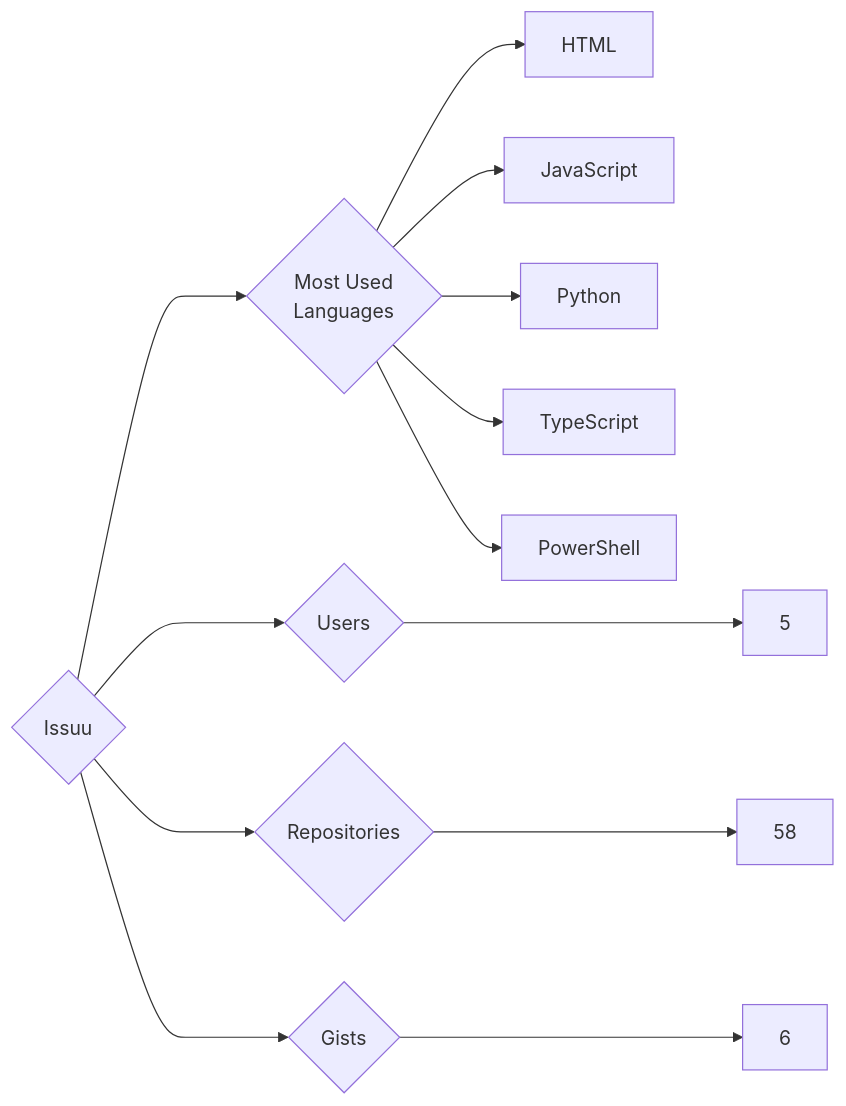
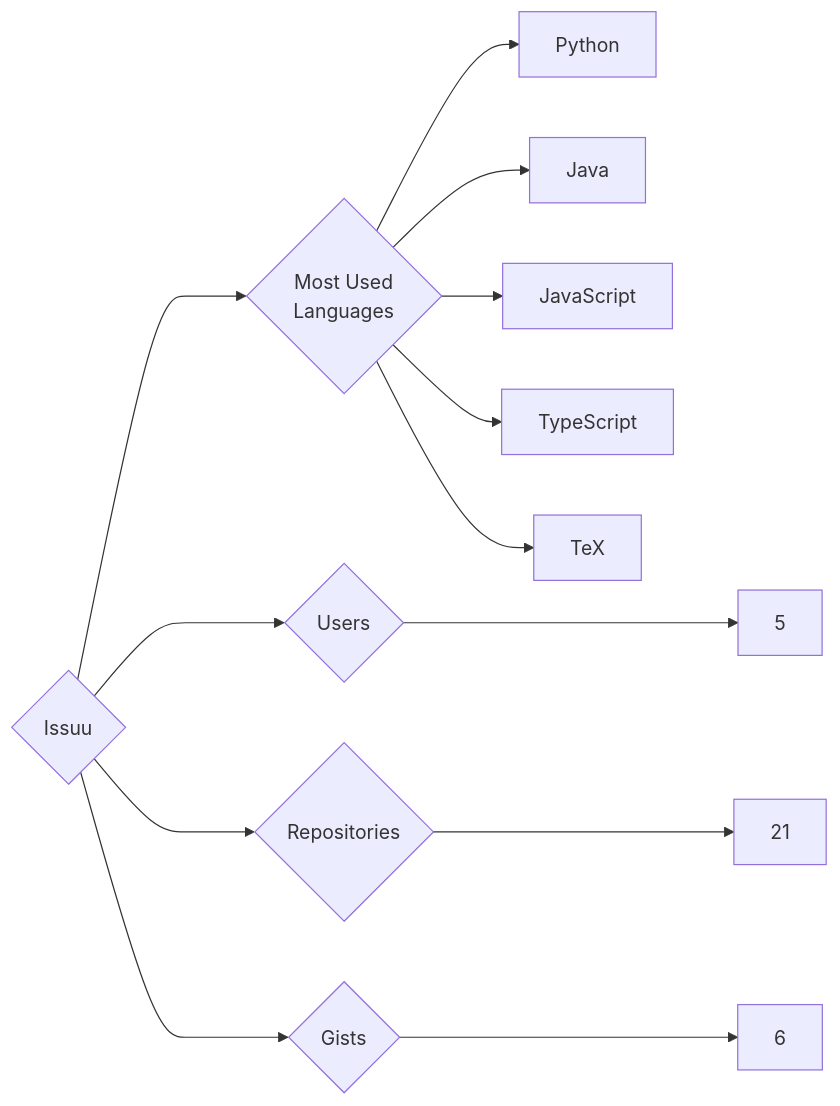
One commit to trickest/insiders changed the diagram in targets/Issuu/README.md. Above: the diagram before and after it, drawn with Mermaid. The commit also changed 1078 other files, not shown here.

````diff
--- a/targets/Issuu/README.md
+++ b/targets/Issuu/README.md
@@ -3,13 +3,13 @@
 ```mermaid
 graph LR
 COMPANY_NAME{Issuu}
 COMPANY_NAME ---> U{Users} ---> UN[5]
-COMPANY_NAME ---> R{Repositories} ---> RN[58]
+COMPANY_NAME ---> R{Repositories} ---> RN[21]
 COMPANY_NAME ---> G{Gists} ---> GN[6]
 COMPANY_NAME ---> ML{Most Used<br>Languages}
-ML --> HTML[HTML]
+ML --> Python[Python]
+ML --> Java[Java]
 ML --> JavaScript[JavaScript]
-ML --> Python[Python]
 ML --> TypeScript[TypeScript]
-ML --> PowerShell[PowerShell]
+ML --> TeX[TeX]
 ```
````
